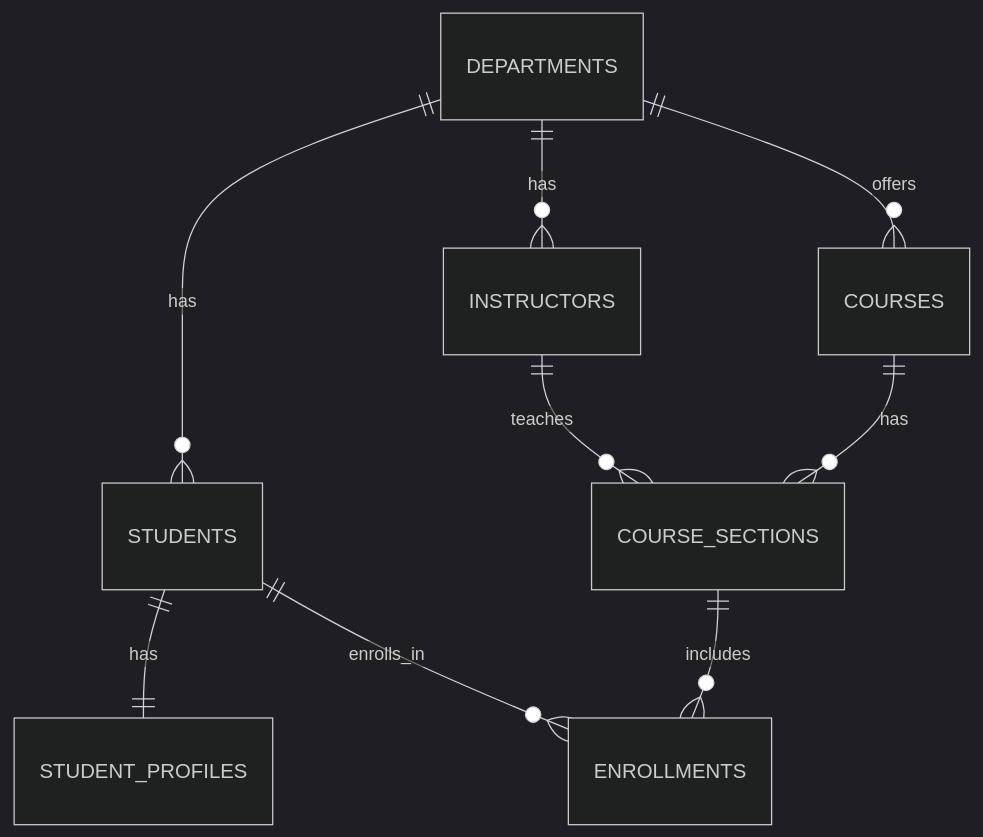
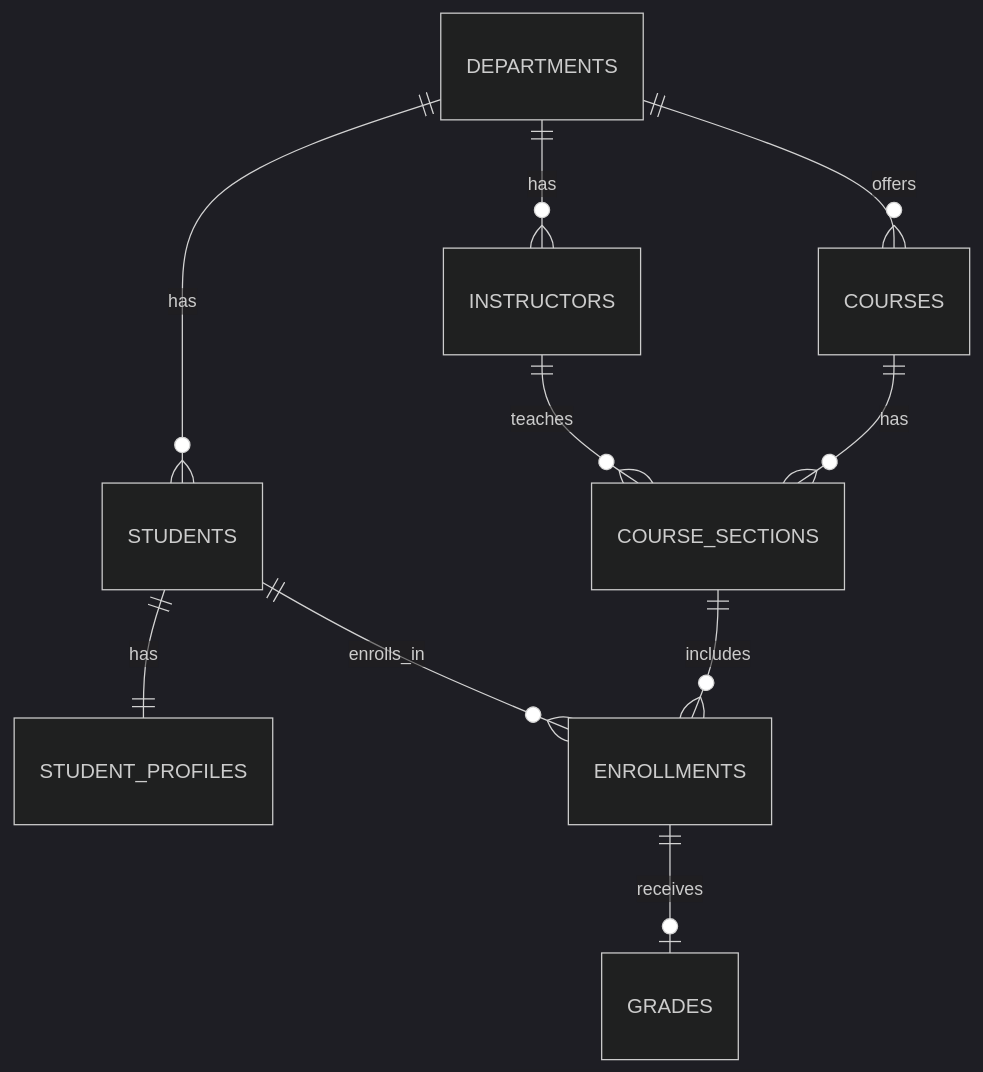
The diagram in README.md (thesohailahmad/University_Management_Database), drawn with Mermaid (dark theme) before and after one commit. The commit also changed other lines of this file, not shown here.

Commit message:
docs: update README with grades and academic performance

````diff
--- a/README.md
+++ b/README.md
@@ -50,11 +90,12 @@
 ```mermaid
 erDiagram
     DEPARTMENTS ||--o{ STUDENTS : has
     DEPARTMENTS ||--o{ INSTRUCTORS : has
     DEPARTMENTS ||--o{ COURSES : offers
     STUDENTS ||--|| STUDENT_PROFILES : has
     COURSES ||--o{ COURSE_SECTIONS : has
     INSTRUCTORS ||--o{ COURSE_SECTIONS : teaches
     COURSE_SECTIONS ||--o{ ENROLLMENTS : includes
     STUDENTS ||--o{ ENROLLMENTS : enrolls_in
+    ENROLLMENTS ||--o| GRADES : receives
 ```
````
